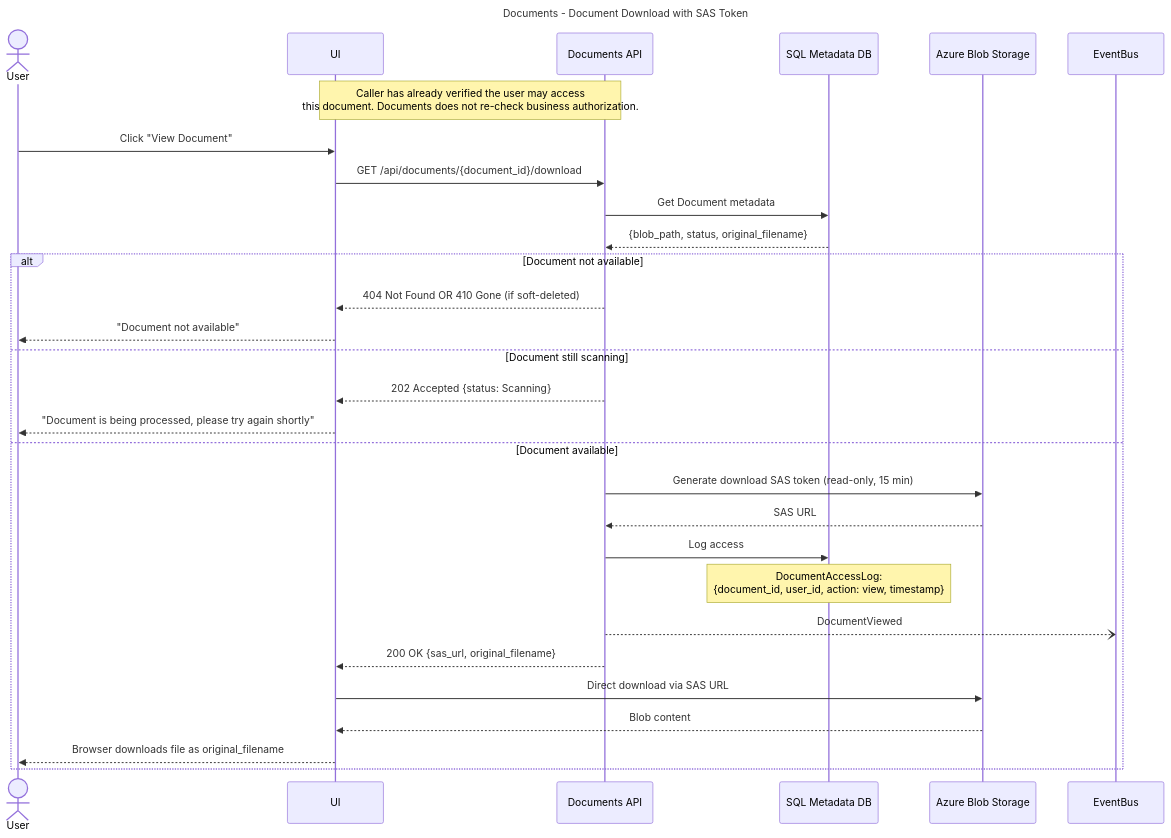
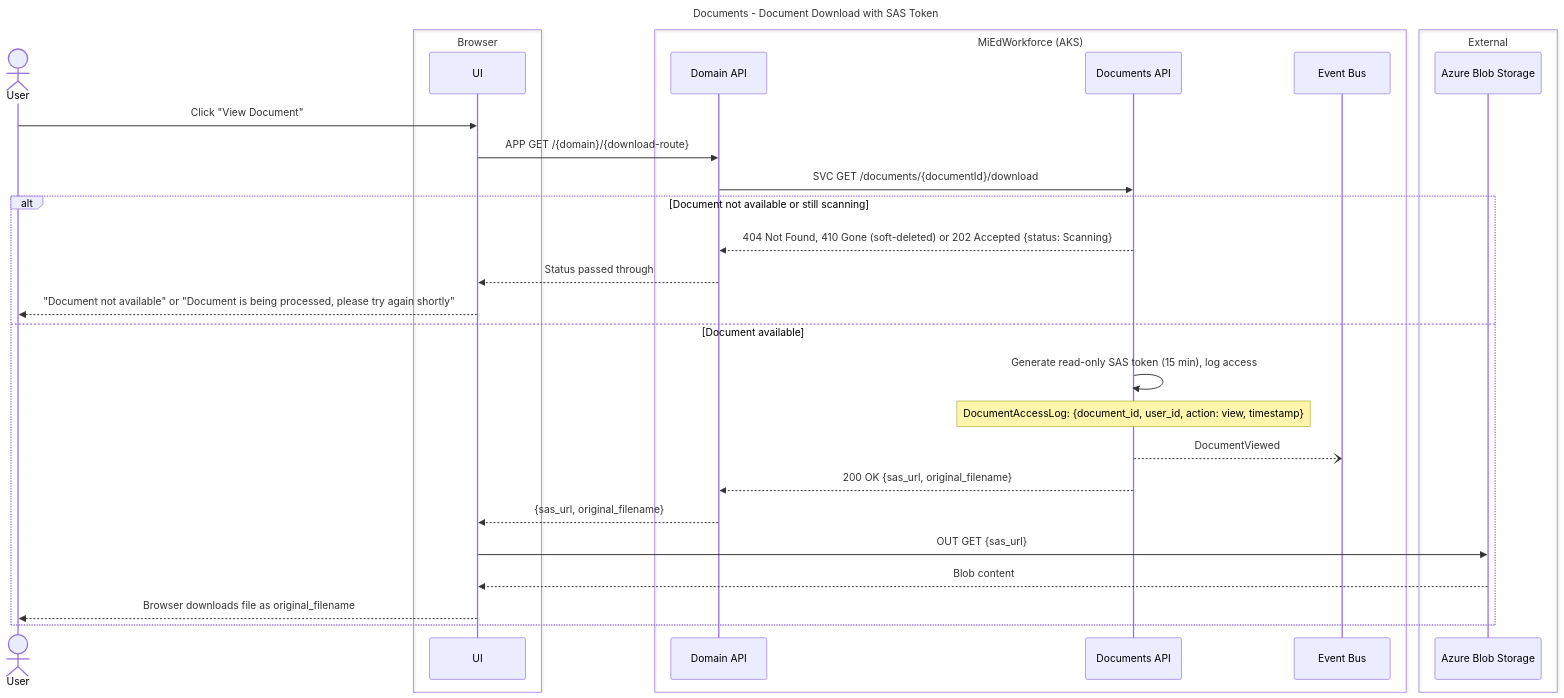
The fourth of 16 diagrams in working-docs/solution-areas/documents/documents-sequences.md (mnichols-dl/mied-design), drawn with Mermaid before and after one commit. The commit also changed other lines of this file and 34 other files, not shown here.

Commit message:
Update sequences and perform RTM assessment

````diff
--- a/working-docs/solution-areas/documents/documents-sequences.md
+++ b/working-docs/solution-areas/documents/documents-sequences.md
@@ -179,41 +196,37 @@
 ```mermaid
 ---
 title: Documents - Document Download with SAS Token
 ---
 sequenceDiagram
     actor User
+    box Browser
     participant UI
-    participant DocsAPI as Documents API
-    participant MetadataDB as SQL Metadata DB
+    end
+    box MiEdWorkforce (AKS)
+    participant DomainApi as Domain API
+    participant DocsApi as Documents API
+    participant EventBus as Event Bus
+    end
+    box External
     participant BlobStorage as Azure Blob Storage
-    participant EventBus
-    
-    Note over UI,DocsAPI: Caller has already verified the user may access<br/>this document. Documents does not re-check business authorization.
+    end
 
     User->>UI: Click "View Document"
-    UI->>DocsAPI: GET /api/documents/{document_id}/download
-    
-    DocsAPI->>MetadataDB: Get Document metadata
-    MetadataDB-->>DocsAPI: {blob_path, status, original_filename}
-    
-    alt Document not available
-        DocsAPI-->>UI: 404 Not Found OR 410 Gone (if soft-deleted)
-        UI-->>User: "Document not available"
-    else Document still scanning
-        DocsAPI-->>UI: 202 Accepted {status: Scanning}
-        UI-->>User: "Document is being processed, please try again shortly"
+    UI->>DomainApi: APP GET /{domain}/{download-route}
+    DomainApi->>DocsApi: SVC GET /documents/{documentId}/download
+
+    alt Document not available or still scanning
+        DocsApi-->>DomainApi: 404 Not Found, 410 Gone (soft-deleted) or 202 Accepted {status: Scanning}
+        DomainApi-->>UI: Status passed through
+        UI-->>User: "Document not available" or "Document is being processed, please try again shortly"
     else Document available
-        DocsAPI->>BlobStorage: Generate download SAS token (read-only, 15 min)
-        BlobStorage-->>DocsAPI: SAS URL
-        
-        DocsAPI->>MetadataDB: Log access
-        Note over MetadataDB: DocumentAccessLog:<br/>{document_id, user_id, action: view, timestamp}
-        
-        DocsAPI--)EventBus: DocumentViewed
-        
-        DocsAPI-->>UI: 200 OK {sas_url, original_filename}
-        UI->>BlobStorage: Direct download via SAS URL
+        DocsApi->>DocsApi: Generate read-only SAS token (15 min), log access
+        Note over DocsApi: DocumentAccessLog: {document_id, user_id, action: view, timestamp}
+        DocsApi--)EventBus: DocumentViewed
+        DocsApi-->>DomainApi: 200 OK {sas_url, original_filename}
+        DomainApi-->>UI: {sas_url, original_filename}
+        UI->>BlobStorage: OUT GET {sas_url}
         BlobStorage-->>UI: Blob content
         UI-->>User: Browser downloads file as original_filename
     end
 ```
````
